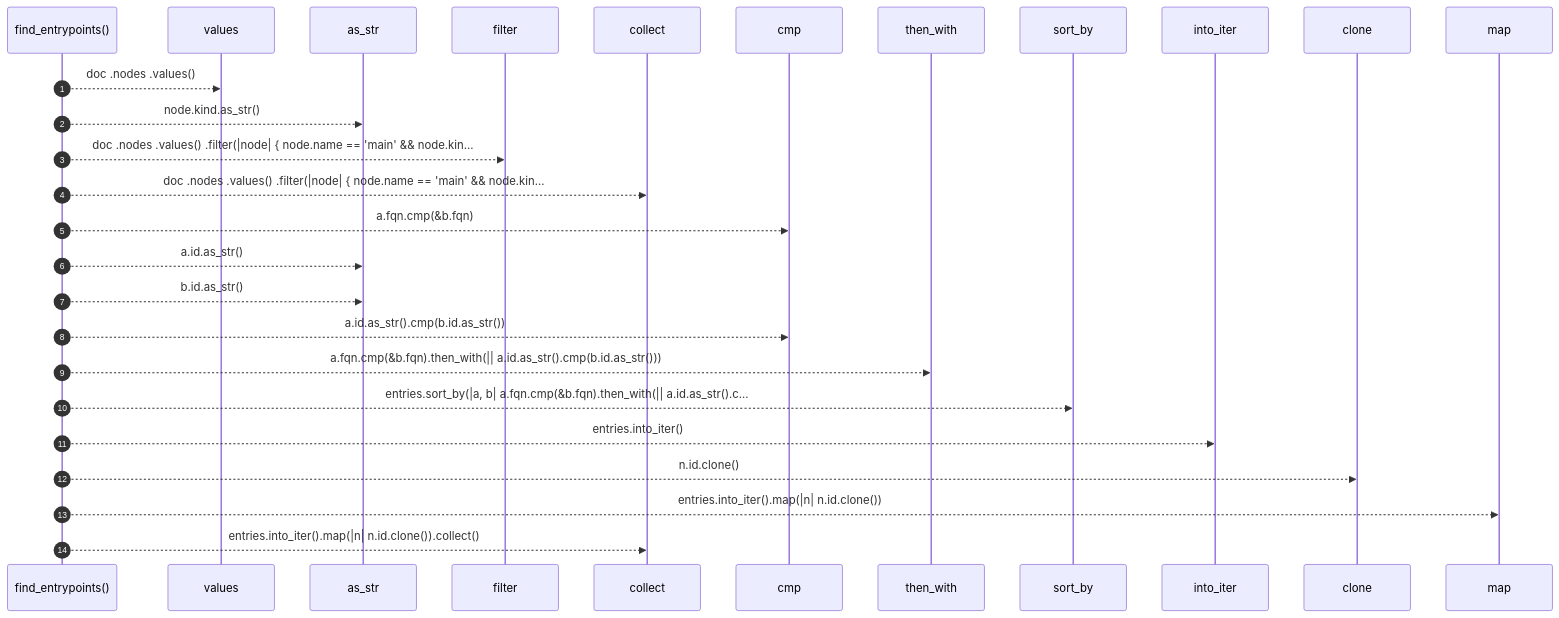
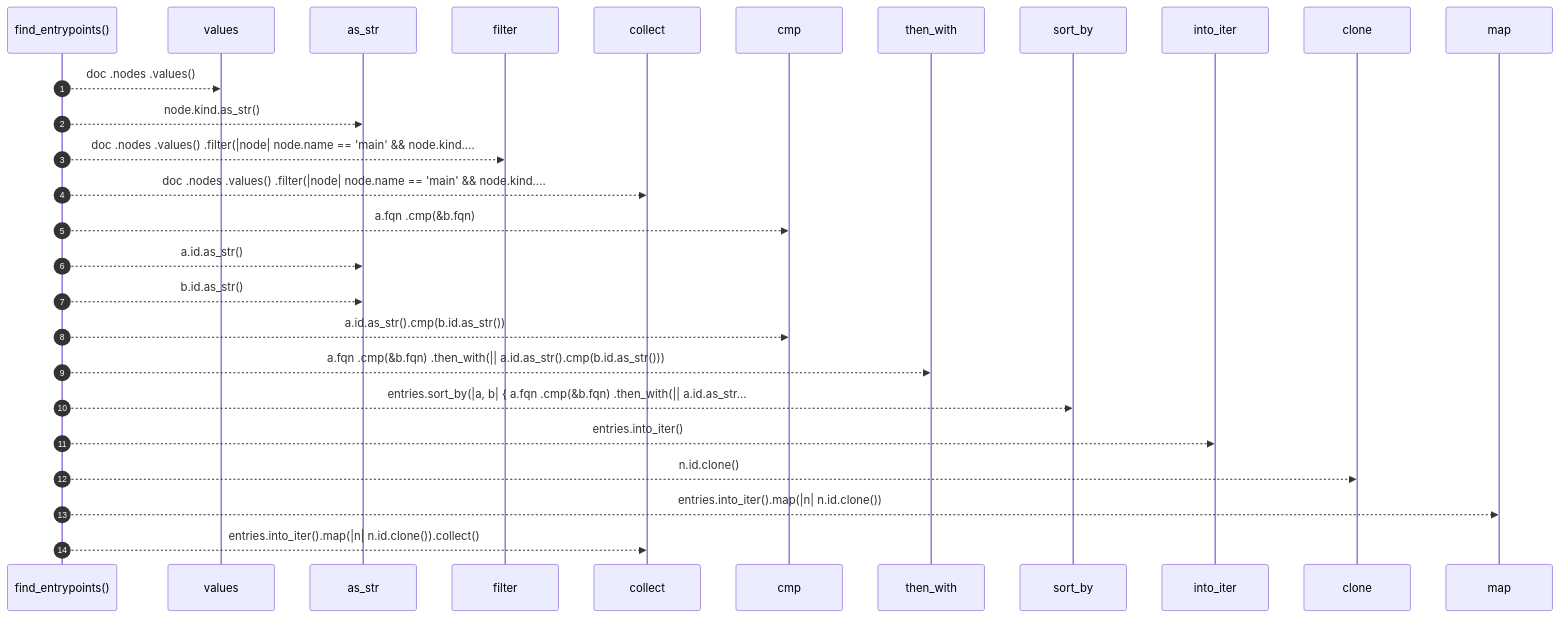
One commit to RyanGuild/self-describing-code changed the diagram in docs/self-model/robby_ir/codepath/find-entrypoints.md. Above: the diagram before and after it, drawn with Mermaid. The commit also changed other lines of this file and 747 other files, not shown here.

````diff
--- a/docs/self-model/robby_ir/codepath/find-entrypoints.md
+++ b/docs/self-model/robby_ir/codepath/find-entrypoints.md
@@ -29,29 +31,29 @@
 ```mermaid
 sequenceDiagram
     autonumber
     participant find_entrypoints as find_entrypoints()
     participant values as values
     participant as_str as as_str
     participant filter as filter
     participant collect as collect
     participant cmp as cmp
     participant then_with as then_with
     participant sort_by as sort_by
     participant into_iter as into_iter
     participant clone as clone
     participant map as map
     find_entrypoints-->>values: doc .nodes .values()
     find_entrypoints-->>as_str: node.kind.as_str()
-    find_entrypoints-->>filter: doc .nodes .values() .filter(|node| { node.name == 'main' && node.kin...
-    find_entrypoints-->>collect: doc .nodes .values() .filter(|node| { node.name == 'main' && node.kin...
-    find_entrypoints-->>cmp: a.fqn.cmp(&b.fqn)
+    find_entrypoints-->>filter: doc .nodes .values() .filter(|node| node.name == 'main' && node.kind....
+    find_entrypoints-->>collect: doc .nodes .values() .filter(|node| node.name == 'main' && node.kind....
+    find_entrypoints-->>cmp: a.fqn .cmp(&b.fqn)
     find_entrypoints-->>as_str: a.id.as_str()
     find_entrypoints-->>as_str: b.id.as_str()
     find_entrypoints-->>cmp: a.id.as_str().cmp(b.id.as_str())
-    find_entrypoints-->>then_with: a.fqn.cmp(&b.fqn).then_with(|| a.id.as_str().cmp(b.id.as_str()))
-    find_entrypoints-->>sort_by: entries.sort_by(|a, b| a.fqn.cmp(&b.fqn).then_with(|| a.id.as_str().c...
+    find_entrypoints-->>then_with: a.fqn .cmp(&b.fqn) .then_with(|| a.id.as_str().cmp(b.id.as_str()))
+    find_entrypoints-->>sort_by: entries.sort_by(|a, b| { a.fqn .cmp(&b.fqn) .then_with(|| a.id.as_str...
     find_entrypoints-->>into_iter: entries.into_iter()
     find_entrypoints-->>clone: n.id.clone()
     find_entrypoints-->>map: entries.into_iter().map(|n| n.id.clone())
     find_entrypoints-->>collect: entries.into_iter().map(|n| n.id.clone()).collect()
 ```
````
